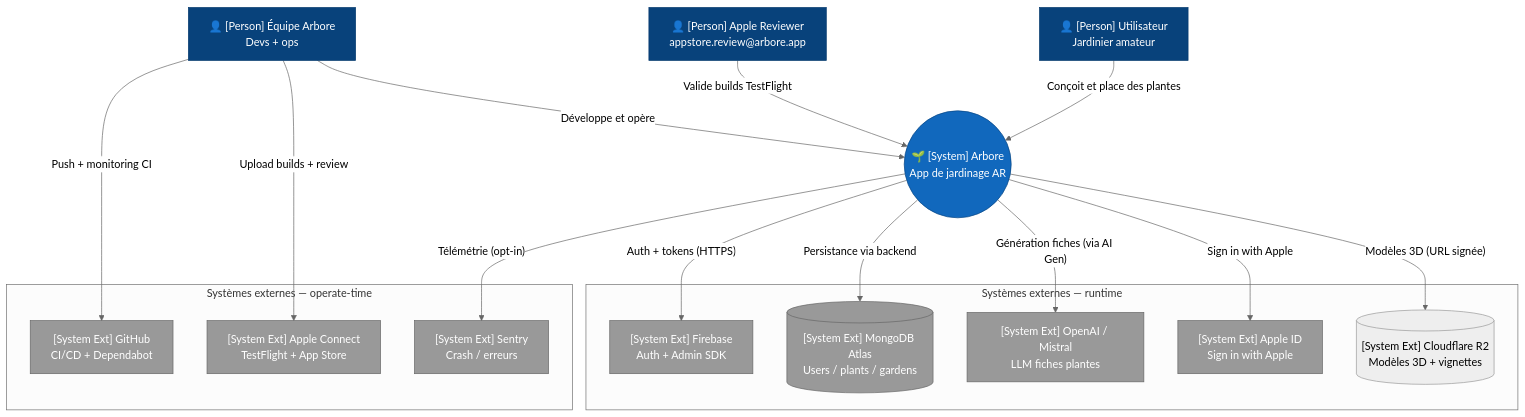
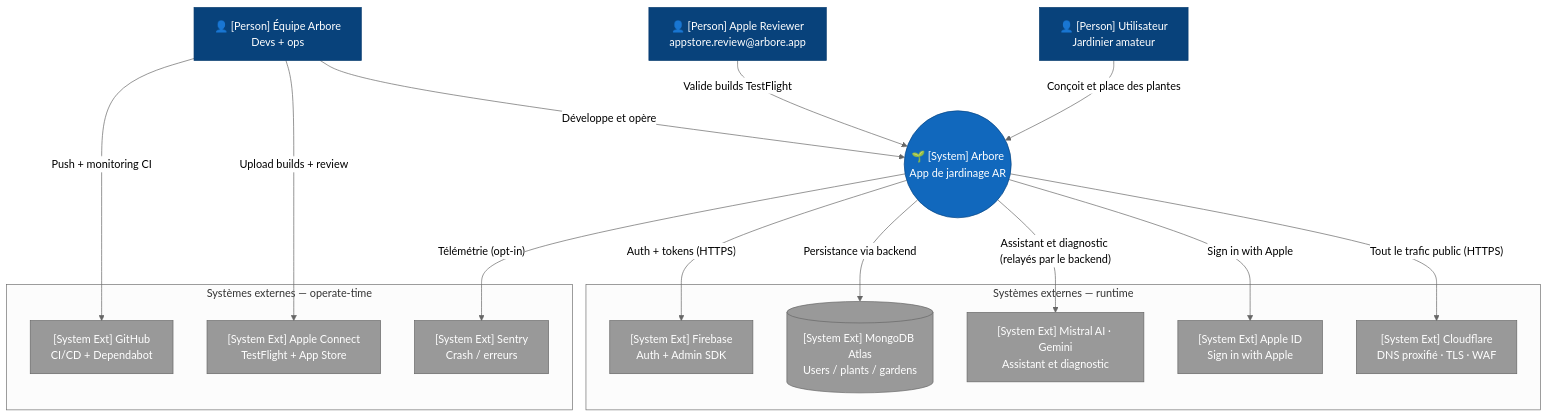
The diagram in docs/fr/architecture/01-context.md (ArboreTeam/Arbore), drawn with Mermaid (neutral theme) before and after one commit. The commit also changed other lines of this file and 3 other files, not shown here.

````diff
--- a/docs/fr/architecture/01-context.md
+++ b/docs/fr/architecture/01-context.md
@@ -9,47 +9,47 @@
 ```mermaid
 flowchart TB
     %% Acteurs
     user["👤 [Person] Utilisateur<br/>Jardinier amateur"]
     reviewer["👤 [Person] Apple Reviewer<br/>appstore.review@arbore.app"]
     team["👤 [Person] Équipe Arbore<br/>Devs + ops"]
 
     %% Système central
     arbore(("🌱 [System] Arbore<br/>App de jardinage AR"))
 
     %% Systèmes externes runtime
     subgraph runtime["Systèmes externes — runtime"]
         firebase["[System Ext] Firebase<br/>Auth + Admin SDK"]
         mongo[("[System Ext] MongoDB Atlas<br/>Users / plants / gardens")]
-        openai["[System Ext] OpenAI / Mistral<br/>LLM fiches plantes"]
+        llm["[System Ext] Mistral AI · Gemini<br/>Assistant et diagnostic"]
         apple_id["[System Ext] Apple ID<br/>Sign in with Apple"]
-        r2[("[System Ext] Cloudflare R2<br/>Modèles 3D + vignettes")]
+        cloudflare["[System Ext] Cloudflare<br/>DNS proxifié · TLS · WAF"]
     end
 
     %% Systèmes externes operate-time
     subgraph operate["Systèmes externes — operate-time"]
         github["[System Ext] GitHub<br/>CI/CD + Dependabot"]
         appstore["[System Ext] Apple Connect<br/>TestFlight + App Store"]
         sentry["[System Ext] Sentry<br/>Crash / erreurs"]
     end
 
     user      -- "Conçoit et place des plantes"        --> arbore
     reviewer  -- "Valide builds TestFlight"            --> arbore
     team      -- "Développe et opère"                  --> arbore
 
     arbore    -- "Auth + tokens (HTTPS)"               --> firebase
     arbore    -- "Sign in with Apple"                  --> apple_id
     arbore    -- "Persistance via backend"             --> mongo
-    arbore    -- "Génération fiches (via AI Gen)"      --> openai
-    arbore    -- "Modèles 3D (URL signée)"             --> r2
+    arbore    -- "Assistant et diagnostic (relayés par le backend)" --> llm
+    arbore    -- "Tout le trafic public (HTTPS)"       --> cloudflare
     arbore    -- "Télémétrie (opt-in)"                 --> sentry
 
     team      -- "Push + monitoring CI"                --> github
     team      -- "Upload builds + review"              --> appstore
 
     classDef person fill:#08427B,stroke:#073B6F,color:#fff
     classDef system fill:#1168BD,stroke:#0B4884,color:#fff
     classDef ext    fill:#999,stroke:#666,color:#fff
     class user,reviewer,team person
     class arbore system
-    class firebase,mongo,openai,apple_id,github,appstore,sentry ext
+    class firebase,mongo,llm,apple_id,cloudflare,github,appstore,sentry ext
 ```
````
